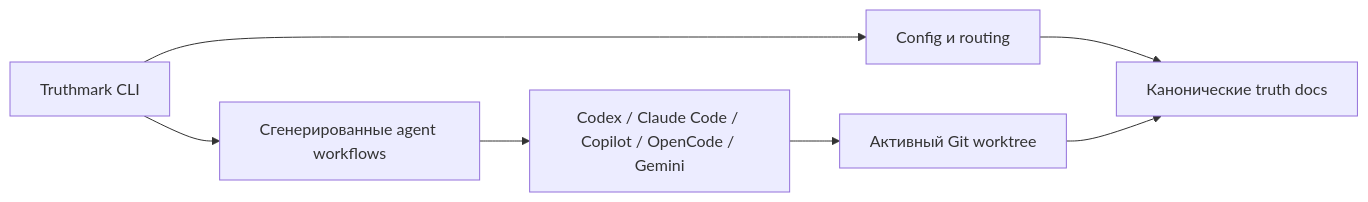
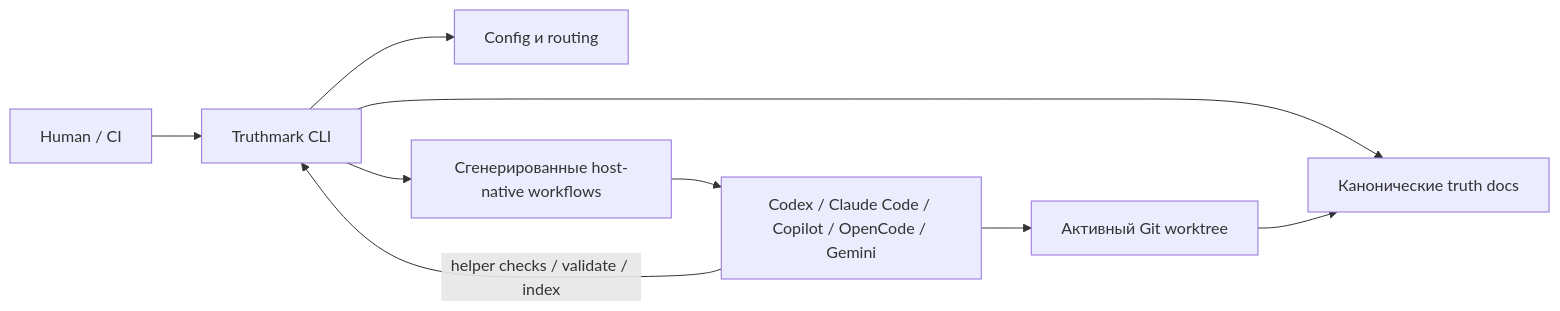
The diagram in README.ru.md (merlinhu1/truthmark), drawn with Mermaid before and after one commit. The commit also changed other lines of this file and 4 other files, not shown here.

First line of the commit message:
docs: show agent CLI feedback loop in README diagram

````diff
--- a/README.ru.md
+++ b/README.ru.md
@@ -269,9 +269,11 @@
 ```mermaid
 flowchart LR
-  CLI["Truthmark CLI"] --> Config["Config и routing"]
-  Config --> Truth["Канонические truth docs"]
-  CLI --> Surfaces["Сгенерированные agent workflows"]
+  Human["Human / CI"] --> CLI["Truthmark CLI"]
+  CLI --> Config["Config и routing"]
+  CLI --> Truth["Канонические truth docs"]
+  CLI --> Surfaces["Сгенерированные host-native workflows"]
   Surfaces --> Hosts["Codex / Claude Code / Copilot / OpenCode / Gemini"]
   Hosts --> Worktree["Активный Git worktree"]
+  Hosts -->|"helper checks / validate / index"| CLI
   Worktree --> Truth
 ```
````
